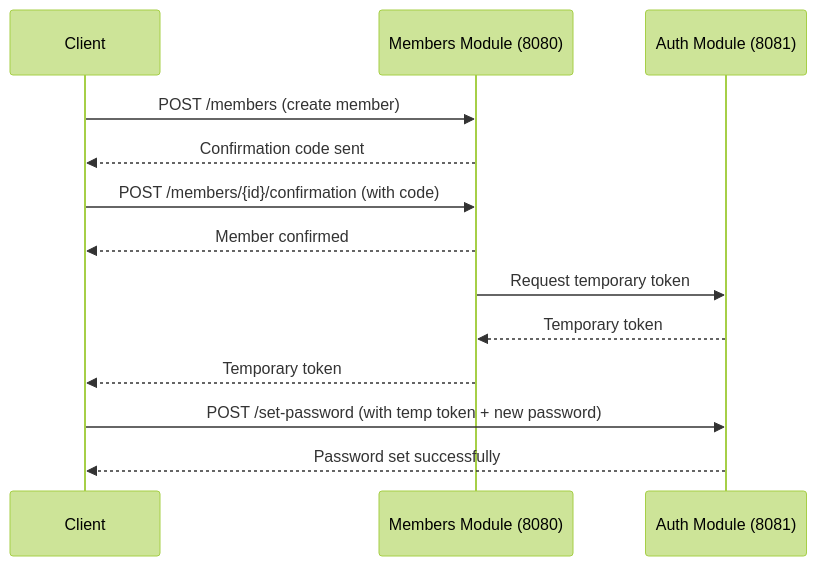
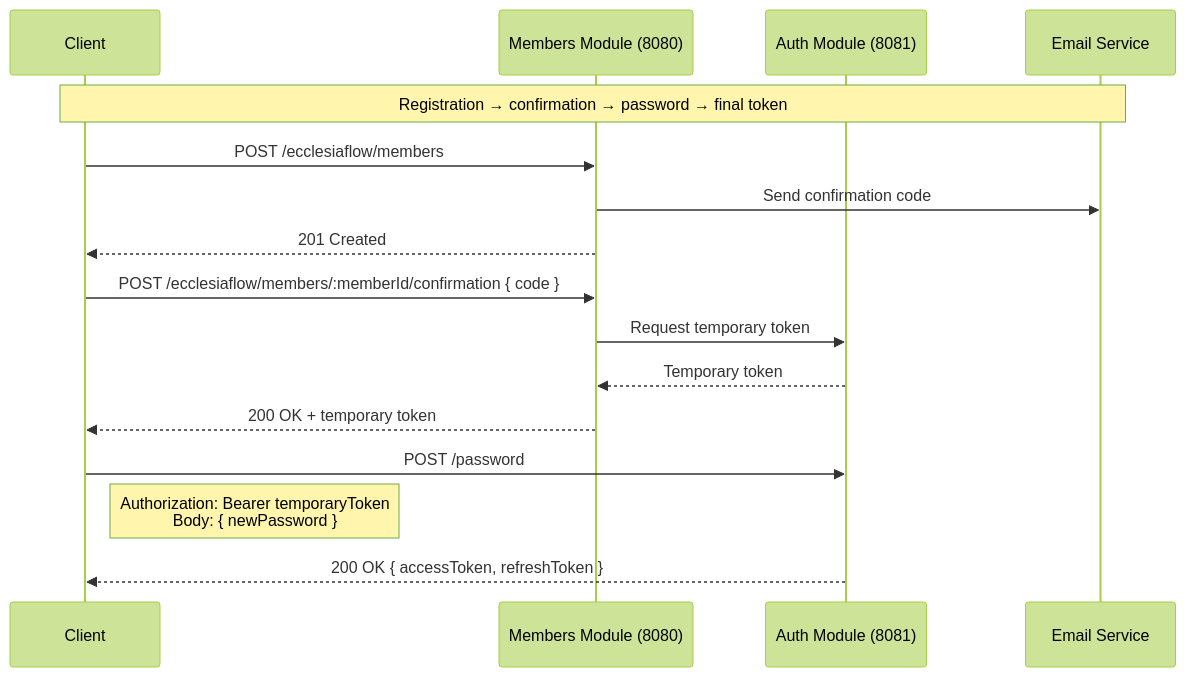
Before and after one commit to GYOM15/ecclesiaflow-members-module: the diagram in README.md, drawn with Mermaid (forest theme). The commit also changed other lines of this file, not shown here.

`````diff
--- a/README.md
+++ b/README.md
@@ -19,23 +46,22 @@
 ```mermaid
-
 sequenceDiagram
     participant Client
     participant Members as Members Module (8080)
     participant Auth as Auth Module (8081)
+    participant Email as Email Service
 
-    Client->>Members: POST /members (create member)
-    Members-->>Client: Confirmation code sent
+    Note over Client,Email: Registration → confirmation → password → final token
 
-    Client->>Members: POST /members/{id}/confirmation (with code)
-    Members-->>Client: Member confirmed
+    Client->>Members: POST /ecclesiaflow/members
+    Members->>Email: Send confirmation code
+    Members-->>Client: 201 Created
 
+    Client->>Members: POST /ecclesiaflow/members/:memberId/confirmation { code }
     Members->>Auth: Request temporary token
     Auth-->>Members: Temporary token
+    Members-->>Client: 200 OK + temporary token
 
-    Members-->>Client: Temporary token
-
-    Client->>Auth: POST /set-password (with temp token + new password)
-    Auth-->>Client: Password set successfully
-
-
-````
+    Client->>Auth: POST /password
+    Note right of Client: Authorization: Bearer temporaryToken<br/>Body: { newPassword }
+    Auth-->>Client: 200 OK { accessToken, refreshToken }
+```
`````
